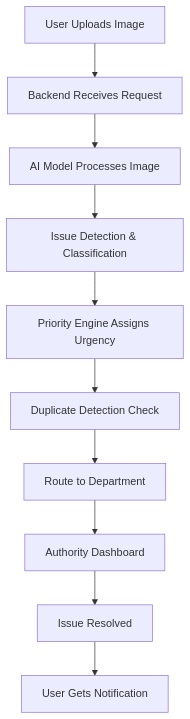
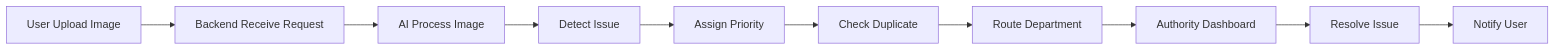
The second of 4 diagrams in README.md (Jarvis-the-og/Fastathon--Civiclens), drawn with Mermaid before and after one commit. The commit also changed other lines of this file, not shown here.

````diff
--- a/README.md
+++ b/README.md
@@ -70,12 +59,12 @@
 ```mermaid
-flowchart TD
-    A[User Uploads Image] --> B[Backend Receives Request]
-    B --> C[AI Model Processes Image]
-    C --> D[Issue Detection & Classification]
-    D --> E[Priority Engine Assigns Urgency]
-    E --> F[Duplicate Detection Check]
-    F --> G[Route to Department]
+flowchart LR
+    A[User Upload Image] --> B[Backend Receive Request]
+    B --> C[AI Process Image]
+    C --> D[Detect Issue]
+    D --> E[Assign Priority]
+    E --> F[Check Duplicate]
+    F --> G[Route Department]
     G --> H[Authority Dashboard]
-    H --> I[Issue Resolved]
-    I --> J[User Gets Notification]
+    H --> I[Resolve Issue]
+    I --> J[Notify User]
 ```
````
